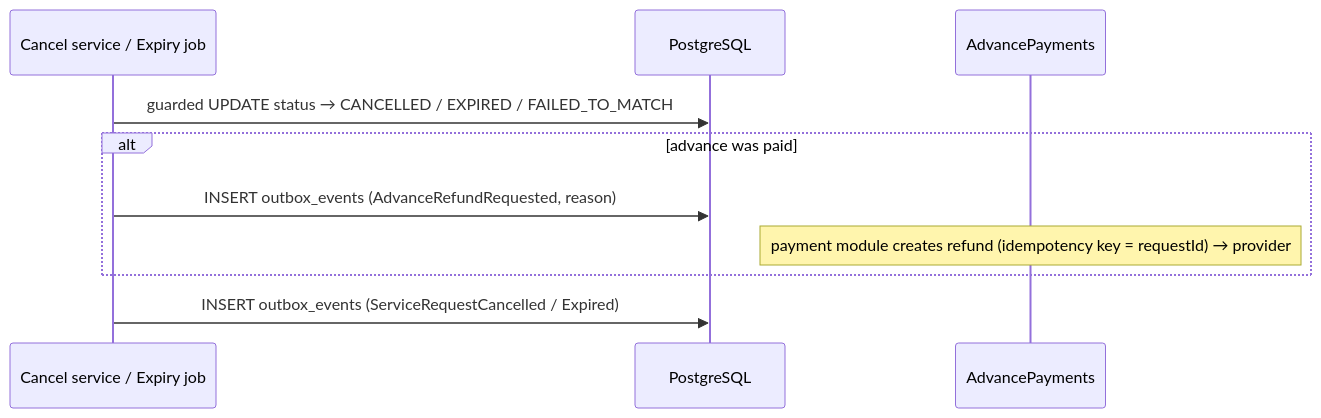
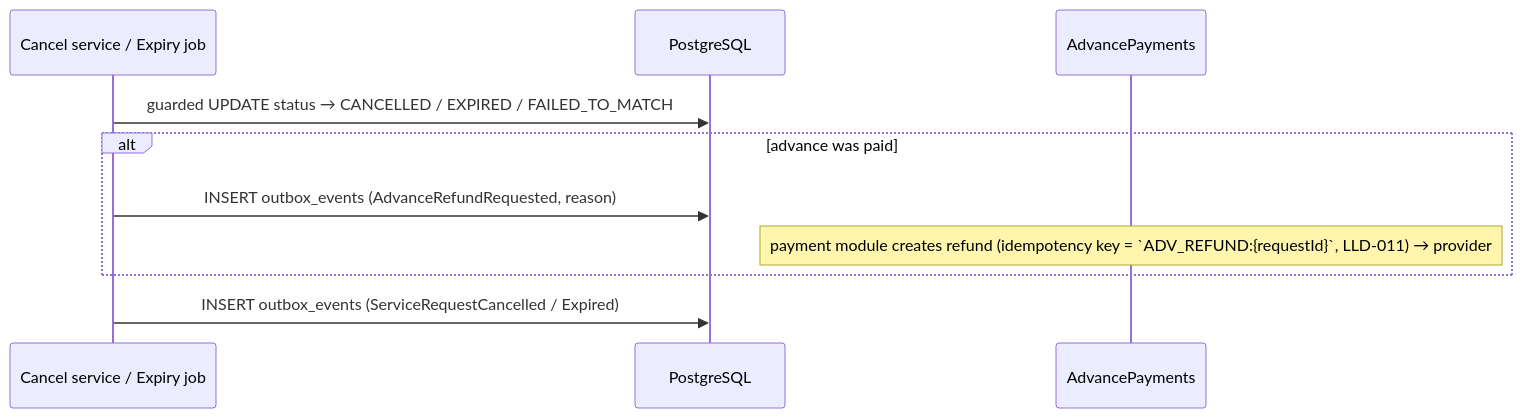
The second of 2 diagrams in docs/lld/lld-006-create-service-request.md (kumarprince06/karigar-marketplace), drawn with Mermaid before and after one commit. The commit also changed other lines of this file and 32 other files, not shown here.

````diff
--- a/docs/lld/lld-006-create-service-request.md
+++ b/docs/lld/lld-006-create-service-request.md
@@ -348,12 +351,12 @@
 ```mermaid
 sequenceDiagram
     participant X as Cancel service / Expiry job
     participant DB as PostgreSQL
     participant AP as AdvancePayments
     X->>DB: guarded UPDATE status → CANCELLED / EXPIRED / FAILED_TO_MATCH
     alt advance was paid
         X->>DB: INSERT outbox_events (AdvanceRefundRequested, reason)
-        Note over AP: payment module creates refund (idempotency key = requestId) → provider
+        Note over AP: payment module creates refund (idempotency key = `ADV_REFUND:{requestId}`, LLD-011) → provider
     end
     X->>DB: INSERT outbox_events (ServiceRequestCancelled / Expired)
 ```
````
